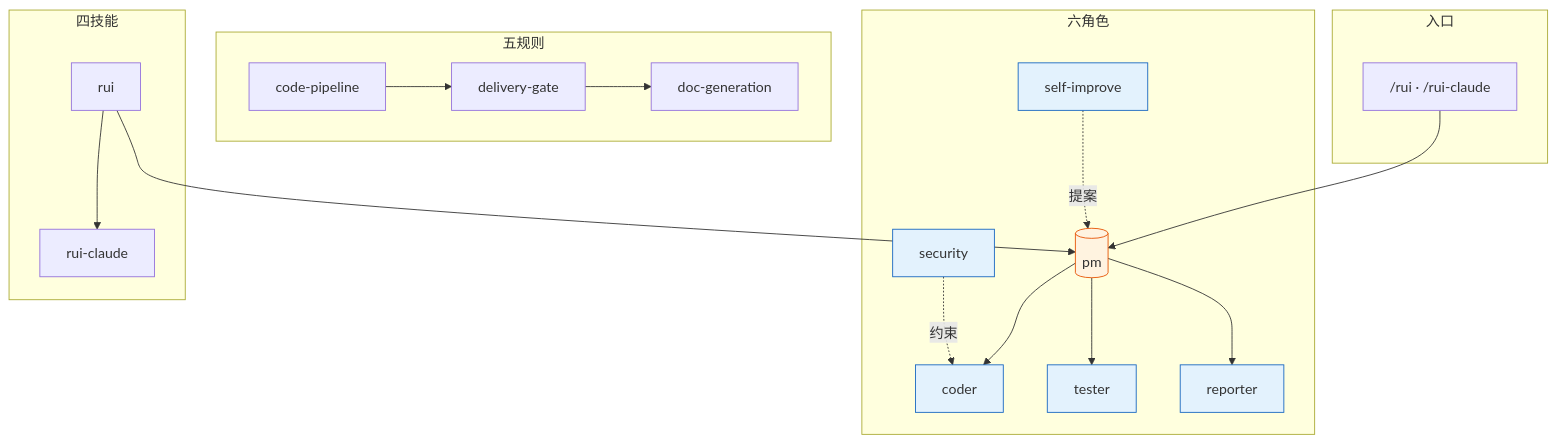
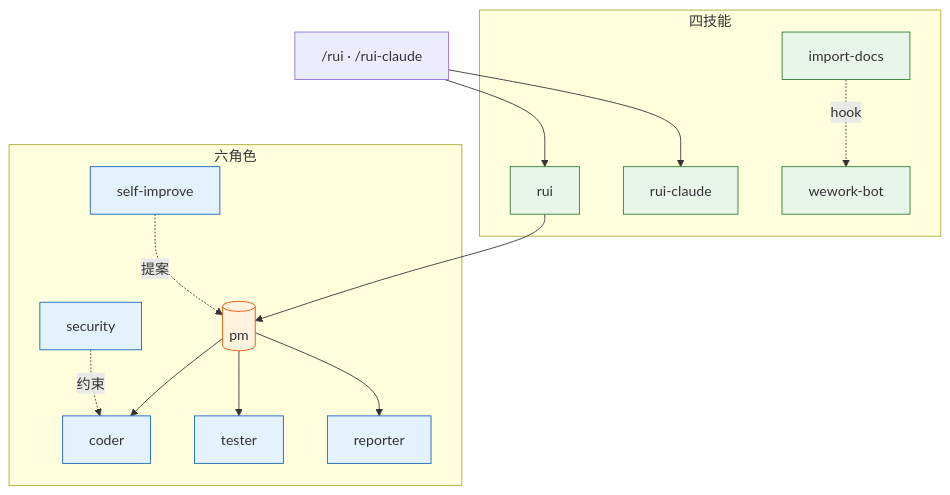
Before and after one commit to effiy/YrY: the first of 6 diagrams in README.md, drawn with Mermaid. The commit also changed other lines of this file and 2 other files, not shown here.

````diff
--- a/README.md
+++ b/README.md
@@ -122,32 +7,31 @@
 ```mermaid
 flowchart TD
-    subgraph 入口
-        CMD["/rui · /rui-claude"]
+    CMD["/rui · /rui-claude"]
+
+    subgraph Skills[四技能]
+        RUI[rui]:::skill
+        RC[rui-claude]:::skill
+        ID[import-docs]:::skill
+        WW[wework-bot]:::skill
     end
 
-    subgraph 六角色
+    subgraph Agents[六角色]
         PM[("pm")]:::core
         CODER[coder]:::agent
         TESTER[tester]:::agent
         REPORTER[reporter]:::agent
         SECURITY[security]:::agent
         SI[self-improve]:::agent
     end
 
-    subgraph 五规则
-        CP[code-pipeline] --> DG[delivery-gate] --> DOC[doc-generation]
-    end
-
-    subgraph 四技能
-        SK_RUI[rui] --> SK_RC[rui-claude]
-    end
-
-    CMD --> PM
+    CMD --> RUI & RC
+    RUI --> PM
     PM --> CODER & TESTER & REPORTER
     SECURITY -.约束.-> CODER
     SI -.提案.-> PM
-    SK_RUI --> PM
+    ID -.hook.-> WW
 
     classDef core fill:#fff3e0,stroke:#e65100;
     classDef agent fill:#e3f2fd,stroke:#1565c0;
+    classDef skill fill:#e8f5e9,stroke:#2e7d32;
 ```
````
